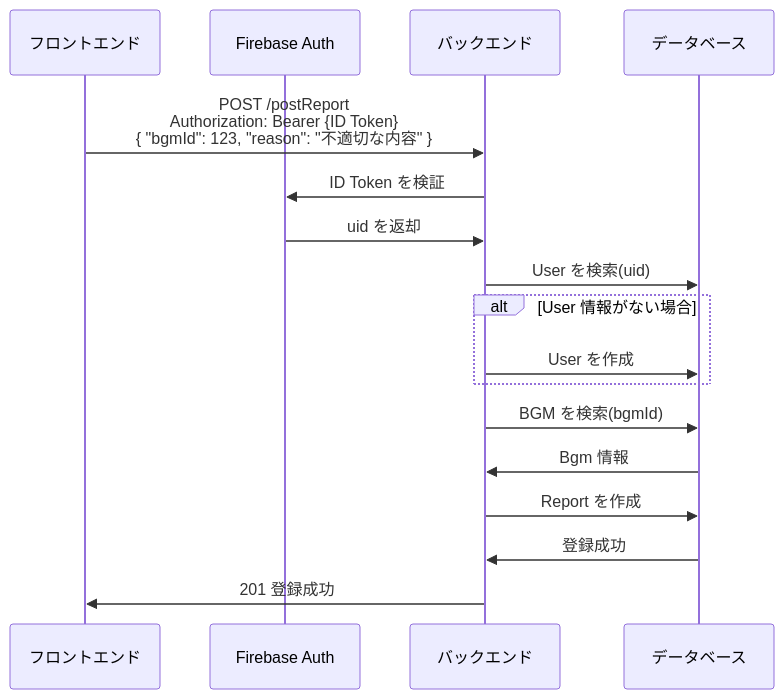
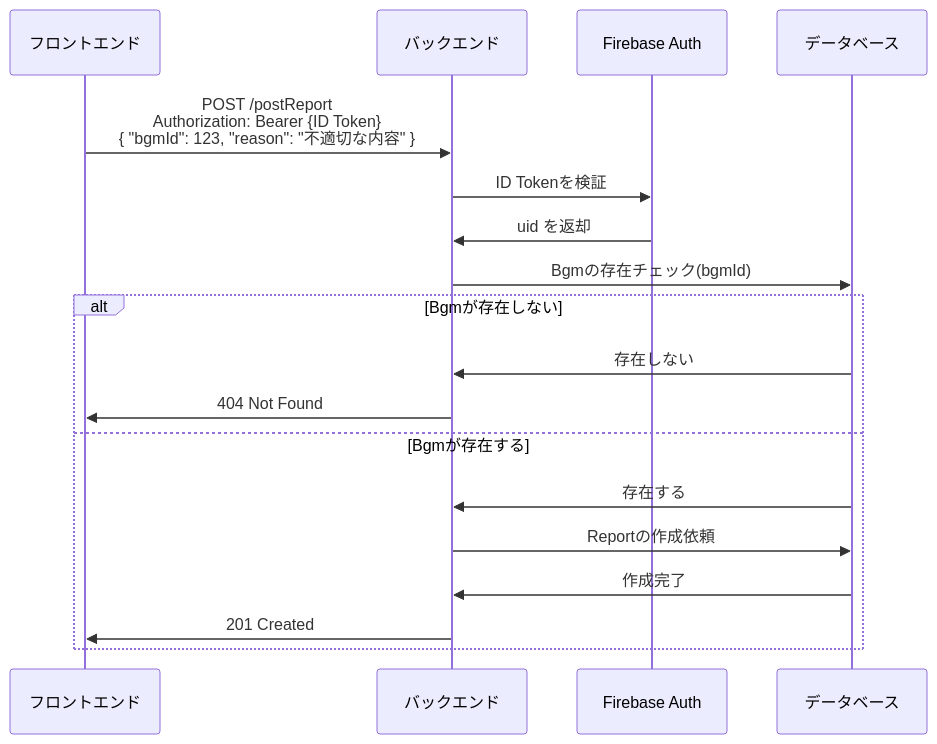
The fifth of 5 diagrams in docs/sequence.md (kagomen/bgm-api-springboot), drawn with Mermaid before and after one commit. The commit also changed other lines of this file, not shown here.

Commit message:
シーケンス図の修正（例外処理の追加、Userテーブル作成のフローを追加）

````diff
--- a/docs/sequence.md
+++ b/docs/sequence.md
@@ -100,25 +146,23 @@
 ```mermaid
 sequenceDiagram
-participant FE as フロントエンド
-participant Firebase as Firebase Auth
-participant BE as バックエンド
-participant DB as データベース
+  participant FE as フロントエンド
+  participant BE as バックエンド
+  participant FB as Firebase Auth
+  participant DB as データベース
 
-FE->>BE: POST /postReport<br />Authorization: Bearer {ID Token}<br />{ "bgmId": 123, "reason": "不適切な内容" }
+  FE->>BE: POST /postReport<br />Authorization: Bearer {ID Token}<br />{ "bgmId": 123, "reason": "不適切な内容" }
 
-BE->>Firebase: ID Token を検証
-Firebase->>BE: uid を返却
+  BE->>FB: ID Tokenを検証
+  FB->>BE: uid を返却
 
-BE->>DB: User を検索(uid)
-alt User 情報がない場合
-BE->>DB: User を作成
-end
-
-BE->>DB: BGM を検索(bgmId)
-DB->>BE: Bgm 情報
-
-BE->>DB: Report を作成
-DB->>BE: 登録成功
-
-BE->>FE: 201 登録成功
+  BE->>DB: Bgmの存在チェック(bgmId)
+  alt Bgmが存在しない
+    DB->>BE: 存在しない
+    BE->>FE: 404 Not Found
+  else Bgmが存在する
+    DB->>BE: 存在する
+    BE->>DB: Reportの作成依頼
+    DB->>BE: 作成完了
+    BE->>FE: 201 Created
+  end
 ```
````
